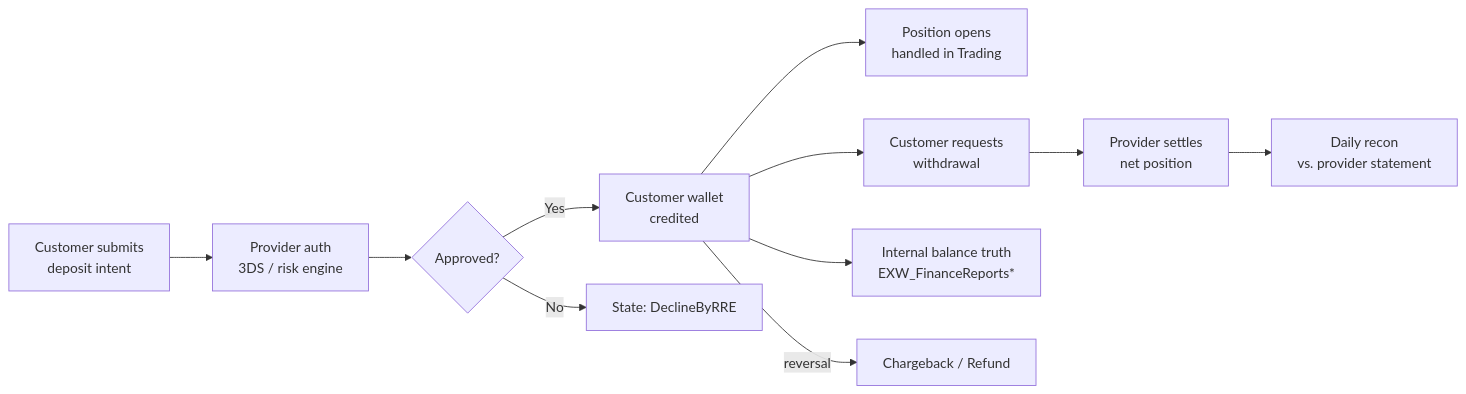
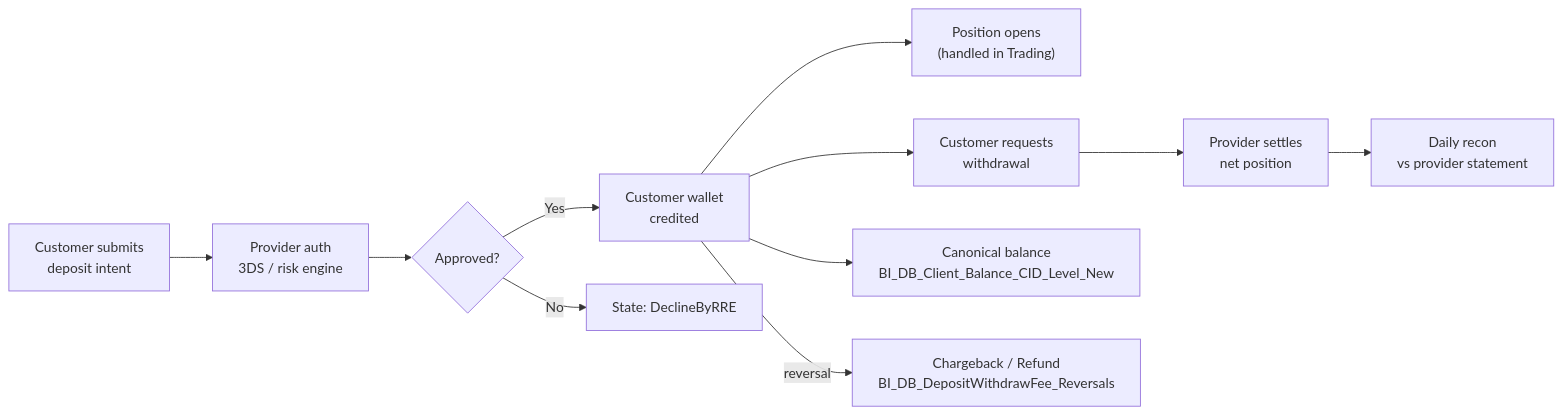
One commit to guyman-tr/Databricks_Knowledge changed the diagram in knowledge/skills/domain-payments/SKILL.md. Above: the diagram before and after it, drawn with Mermaid. The commit also changed other lines of this file, not shown here.

````diff
--- a/knowledge/skills/domain-payments/SKILL.md
+++ b/knowledge/skills/domain-payments/SKILL.md
@@ -74,20 +201,22 @@
 ```mermaid
 graph LR
-    Submit[Customer submits<br/>deposit intent]
-    Auth[Provider auth<br/>3DS / risk engine]
-    Approve{Approved?}
-    Wallet[Customer wallet<br/>credited]
-    Trade[Position opens<br/>handled in Trading]
-    Withdraw[Customer requests<br/>withdrawal]
-    Settle[Provider settles<br/>net position]
-    Recon[Daily recon<br/>vs. provider statement]
-    Bal[Internal balance truth<br/>EXW_FinanceReports*]
+    Submit["Customer submits<br/>deposit intent"]
+    Auth["Provider auth<br/>3DS / risk engine"]
+    Approve{"Approved?"}
+    Wallet["Customer wallet<br/>credited"]
+    Trade["Position opens<br/>(handled in Trading)"]
+    Withdraw["Customer requests<br/>withdrawal"]
+    Settle["Provider settles<br/>net position"]
+    Recon["Daily recon<br/>vs provider statement"]
+    Bal["Canonical balance<br/>BI_DB_Client_Balance_CID_Level_New"]
+    Decline["State: DeclineByRRE"]
+    Reversal["Chargeback / Refund<br/>BI_DB_DepositWithdrawFee_Reversals"]
 
     Submit --> Auth --> Approve
     Approve -->|Yes| Wallet --> Trade
-    Approve -->|No| Decline[State: DeclineByRRE]
+    Approve -->|No| Decline
     Wallet --> Withdraw --> Settle
     Settle --> Recon
     Wallet --> Bal
-    Wallet -->|reversal| Reversal[Chargeback / Refund]
+    Wallet -->|reversal| Reversal
 ```
````
